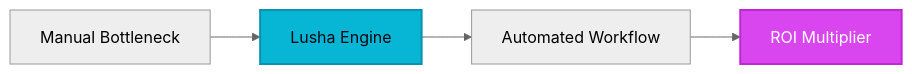
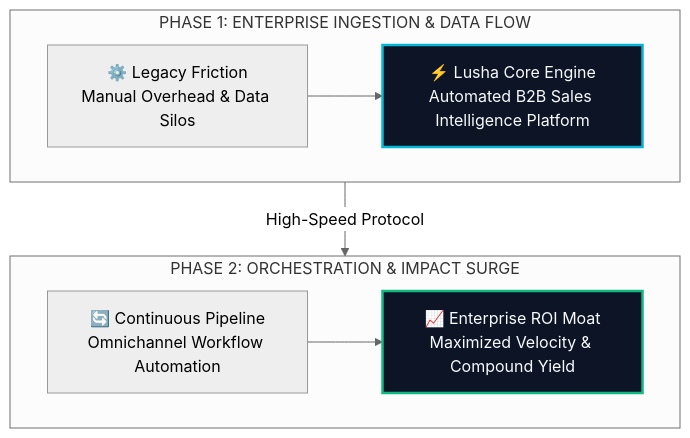
The diagram in site/src/content/blog/lusha-evolution-guide-2026.md (heliatech-media/saas-radar), drawn with Mermaid (neutral theme) before and after one commit. The commit also changed 97 other files, not shown here.

First line of the commit message:
feat(diagrams): upgrade all article architecture schemas to high-impact 2-tier responsive vector blueprints

````diff
--- a/site/src/content/blog/lusha-evolution-guide-2026.md
+++ b/site/src/content/blog/lusha-evolution-guide-2026.md
@@ -64,8 +64,14 @@
 ```mermaid
-flowchart LR
-    A[Manual Bottleneck] --> B[Lusha Engine]
-    B --> C[Automated Workflow]
-    C --> D[ROI Multiplier]
-    style B fill:#06b6d4,stroke:#0891b2,stroke-width:2px,color:#030712
-    style D fill:#d946ef,stroke:#c026d3,stroke-width:2px,color:#ffffff
+flowchart TD
+    subgraph S1["PHASE 1: ENTERPRISE INGESTION & DATA FLOW"]
+        direction LR
+        A["⚙️ Legacy Friction<br/>Manual Overhead & Data Silos"] --> B["⚡ Lusha Core Engine<br/>Automated B2B Sales Intelligence Platform"]
+    end
+    subgraph S2["PHASE 2: ORCHESTRATION & IMPACT SURGE"]
+        direction LR
+        C["🔄 Continuous Pipeline<br/>Omnichannel Workflow Automation"] --> D["📈 Enterprise ROI Moat<br/>Maximized Velocity & Compound Yield"]
+    end
+    S1 -->|High-Speed Protocol| S2
+    style B fill:#0c1425,stroke:#06b6d4,stroke-width:2.5px,color:#f8fafc
+    style D fill:#0c1425,stroke:#10b981,stroke-width:2.5px,color:#f8fafc
 ```
````
